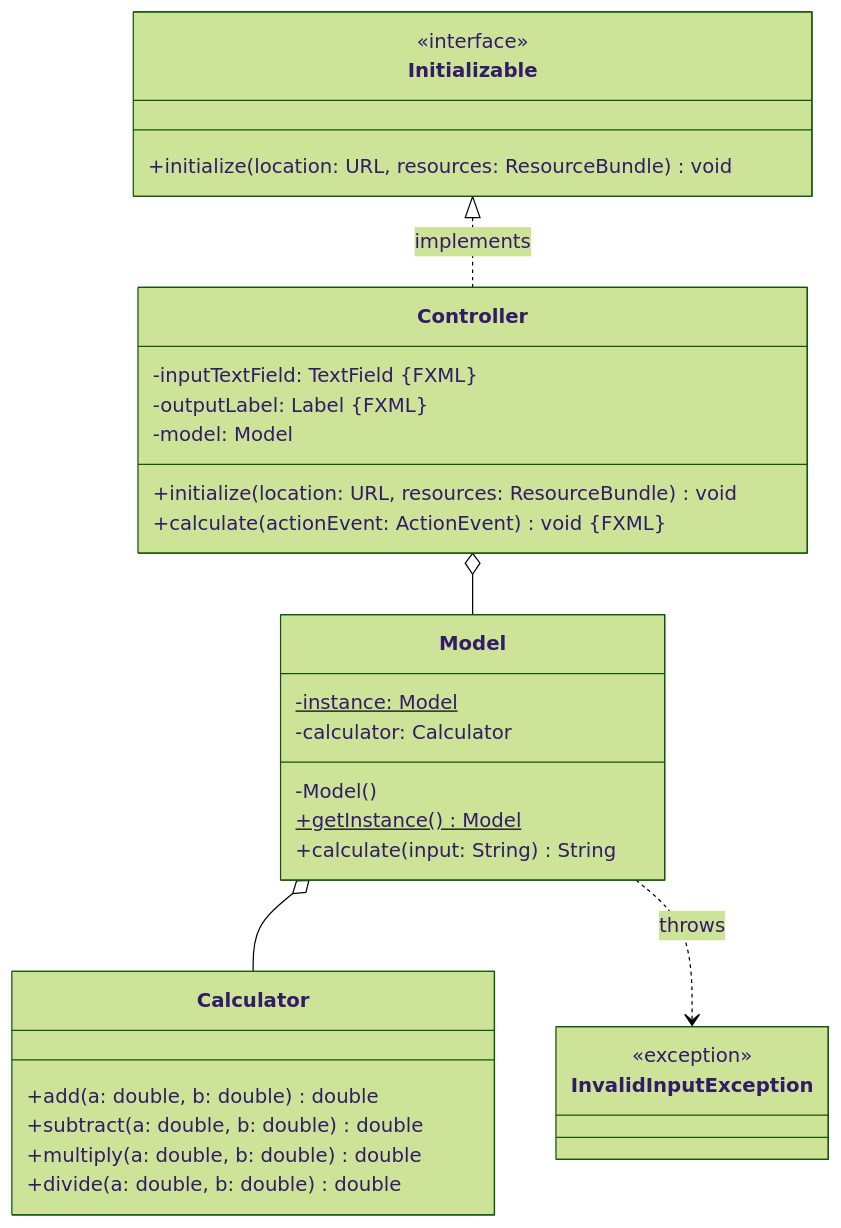
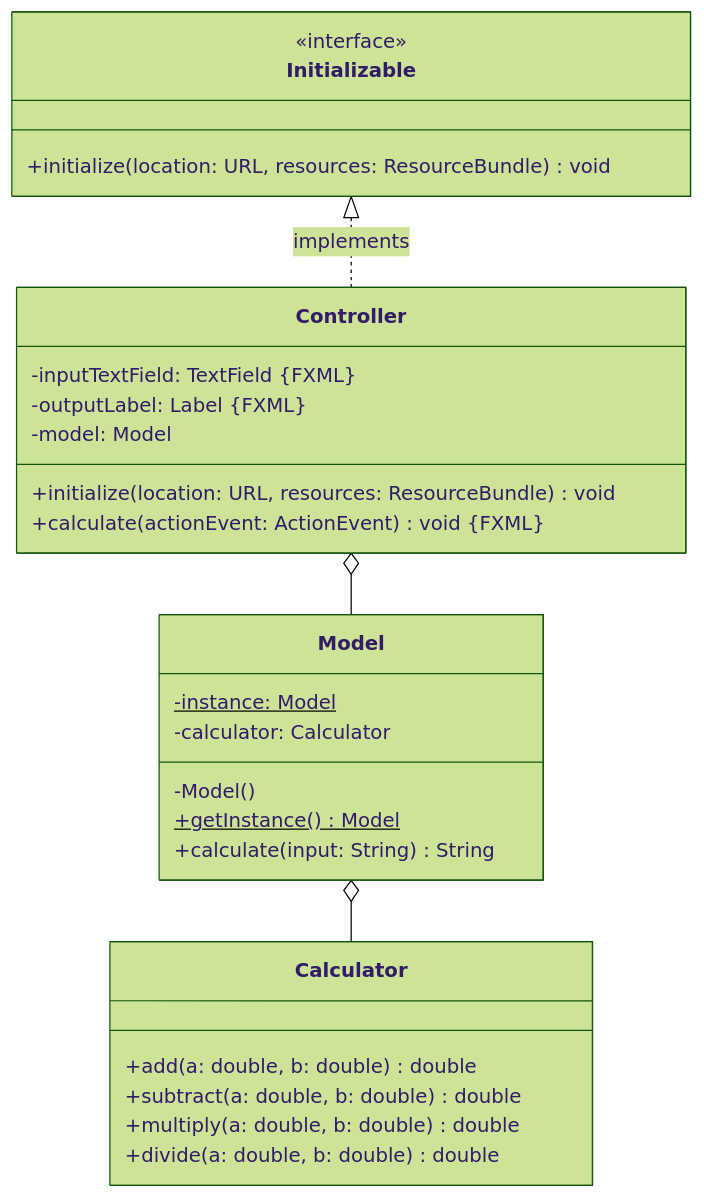
One commit to jappuccini/java-docs changed the first of 2 diagrams in docs/exercises/javafx/javafx05.md. Above: the diagram before and after it, drawn with Mermaid (forest theme). The commit also changed other lines of this file and 7 other files, not shown here.

Commit message:
Fix Mermaid for JavaFX Exercises

````diff
--- a/docs/exercises/javafx/javafx05.md
+++ b/docs/exercises/javafx/javafx05.md
@@ -11,39 +11,30 @@
 ```mermaid
 classDiagram
-    Initializable <|.. Controller : implements
-    Controller o-- Model
-    Model o-- Calculator
-    Model ..> InvalidInputException : throws
-
-    class Calculator {
-        +add(a: double, b: double) double
-        +subtract(a: double, b: double) double
-        +multiply(a: double, b: double) double
-        +divide(a: double, b: double) double
-    }
-
-    class Model {
-        -instance: Model$
-        -calculator: Calculator
-        -Model()
-        +getInstance() Model$
-        +calculate(input: String) String
-    }
-
-    class Controller {
-        -inputTextField: TextField #123;FXML#125;
-        -outputLabel: Label #123;FXML#125;
-        -model: Model
-        +initialize(location: URL, resources: ResourceBundle) void
-        +calculate(actionEvent: ActionEvent) void #123;FXML#125;
-    }
-
-    class Initializable {
-        <<interface>>
-        +initialize(location: URL, resources: ResourceBundle) void
-    }
-
-    class InvalidInputException {
-    		<<exception>>
-    }
+   Initializable <|.. Controller : implements
+   Controller o-- Model
+   Model o-- Calculator
+   class Calculator {
+      +add(a: double, b: double) double
+      +subtract(a: double, b: double) double
+      +multiply(a: double, b: double) double
+      +divide(a: double, b: double) double
+   }
+   class Model {
+      -instance: Model$
+      -calculator: Calculator
+      -Model()
+      +getInstance() Model$
+      +calculate(input: String) String
+   }
+   class Controller {
+      -inputTextField: TextField #123;FXML#125;
+      -outputLabel: Label #123;FXML#125;
+      -model: Model
+      +initialize(location: URL, resources: ResourceBundle) void
+      +calculate(actionEvent: ActionEvent) void #123;FXML#125;
+   }
+   class Initializable {
+      <<interface>>
+      +initialize(location: URL, resources: ResourceBundle) void
+   }
 ```
````
